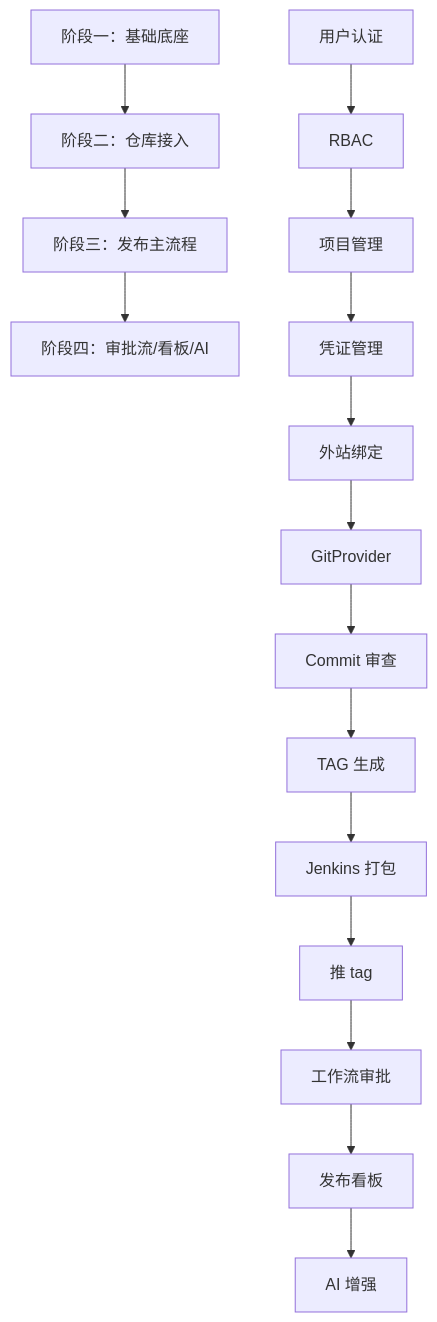
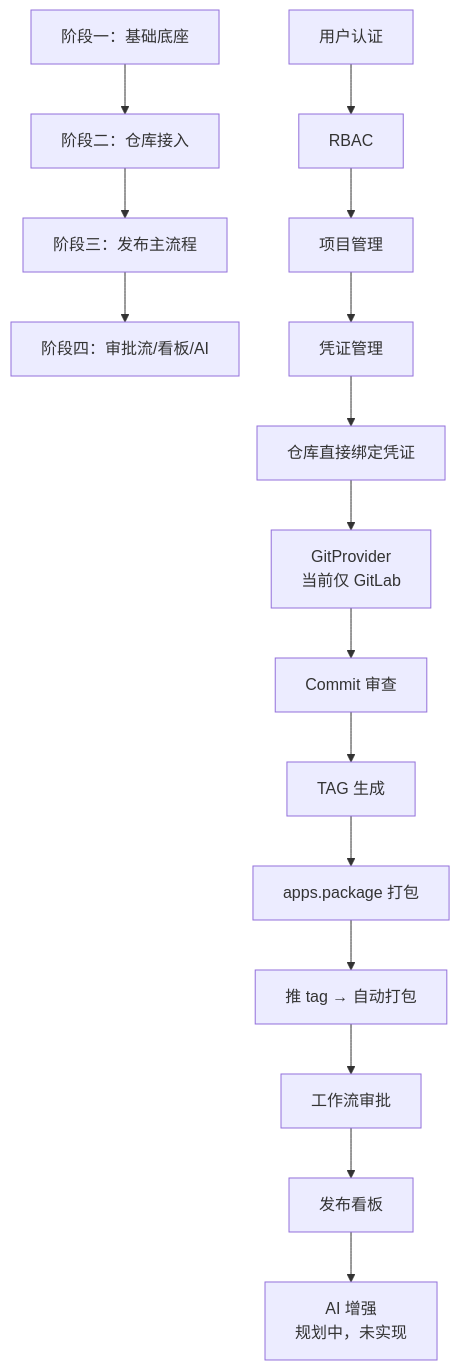
Before and after one commit to qingxiaoyuan/trace-ship: diagram 17 of 17 in docs/business-process-analysis.md, drawn with Mermaid. The commit also changed other lines of this file and 8 other files, not shown here.

````diff
--- a/docs/business-process-analysis.md
+++ b/docs/business-process-analysis.md
@@ -566,22 +630,22 @@
 ```mermaid
 flowchart TD
     A[阶段一：基础底座] --> B[阶段二：仓库接入]
     B --> C[阶段三：发布主流程]
     C --> D[阶段四：审批流/看板/AI]
 
     A1[用户认证] --> A2[RBAC]
     A2 --> A3[项目管理]
     A3 --> A4[凭证管理]
 
-    A4 --> B1[外站绑定]
-    B1 --> B2[GitProvider]
+    A4[凭证管理] --> B1[仓库直接绑定凭证]
+    B1 --> B2[GitProvider<br/>当前仅 GitLab]
     B2 --> B3[Commit 审查]
 
     B3 --> C1[TAG 生成]
-    C1 --> C2[Jenkins 打包]
-    C2 --> C3[推 tag]
+    C1 --> C2[apps.package 打包]
+    C2 --> C3[推 tag → 自动打包]
 
     C3 --> D1[工作流审批]
     D1 --> D2[发布看板]
-    D2 --> D3[AI 增强]
+    D2 --> D3[AI 增强<br/>规划中，未实现]
 ```
````
